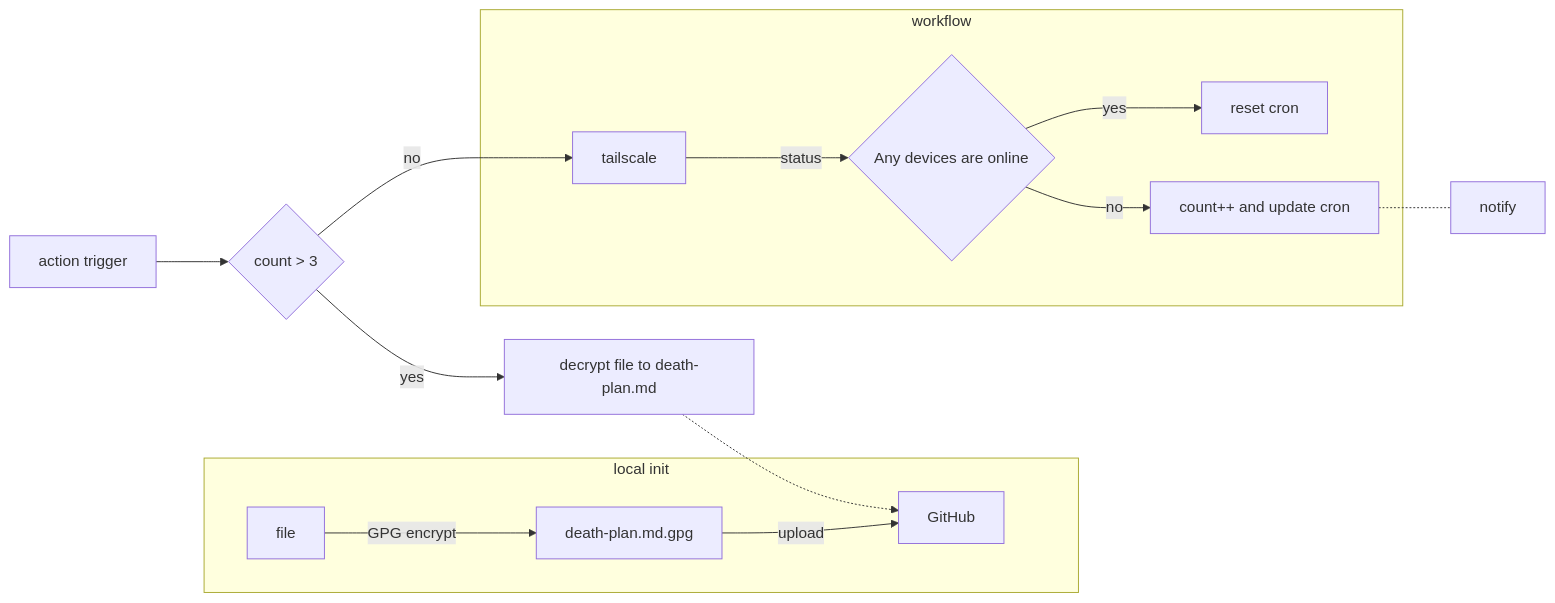
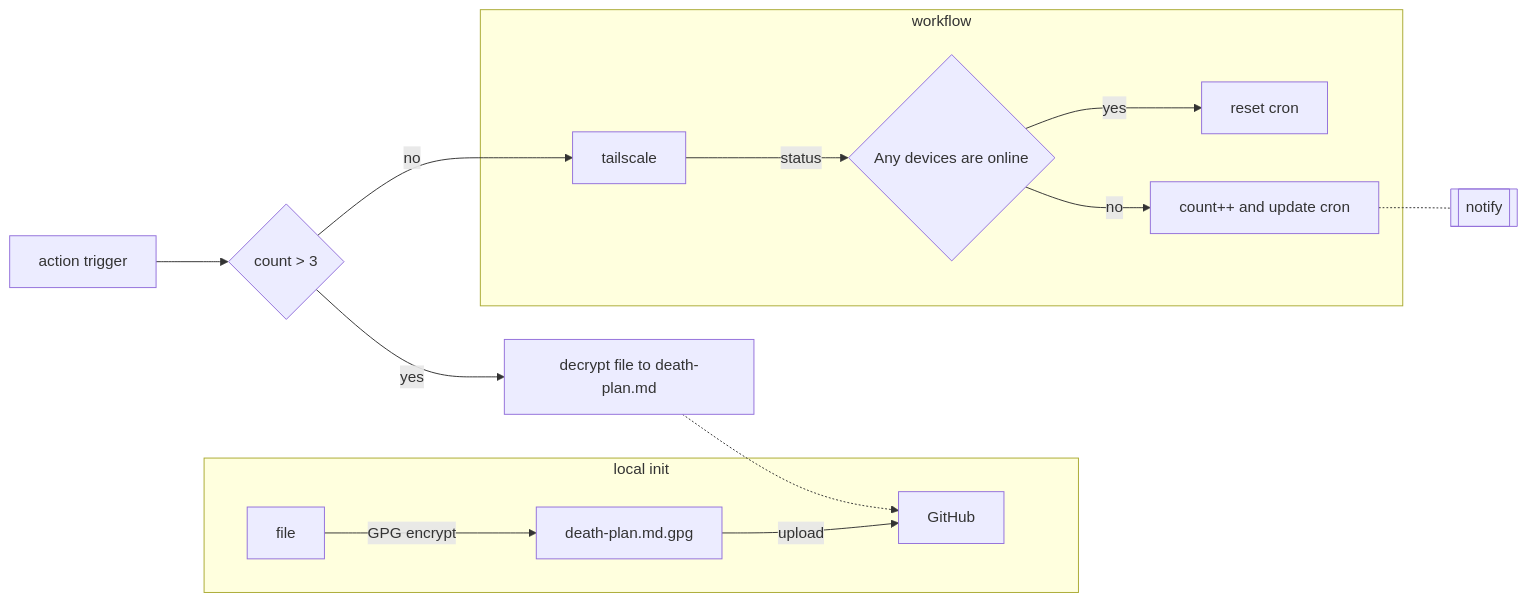
One commit to bxb100/death-plan changed the diagram in README.md. Above: the diagram before and after it, drawn with Mermaid. The commit also changed other lines of this file, not shown here.

````diff
--- a/README.md
+++ b/README.md
@@ -13,19 +16,19 @@
 ```mermaid
 flowchart LR
     subgraph "local init"
         A[file] -->|GPG encrypt| B[death-plan.md.gpg]
         B --> |upload|C[GitHub]
     end
 
     subgraph "workflow"
         D[tailscale] -->|status| id1{Any devices are online}
         id1 -->|yes| F0[reset cron]
         id1 -->|no| G[count++ and update cron]
     end
 
-    G -.- End[notify]
+    G -.- End[[notify]]
     H[action trigger] --> id2{count > 3}
     id2 -->|no| D
     id2 -->|yes| F1[decrypt file to death-plan.md]
     F1 -.-> C
 ```
````
